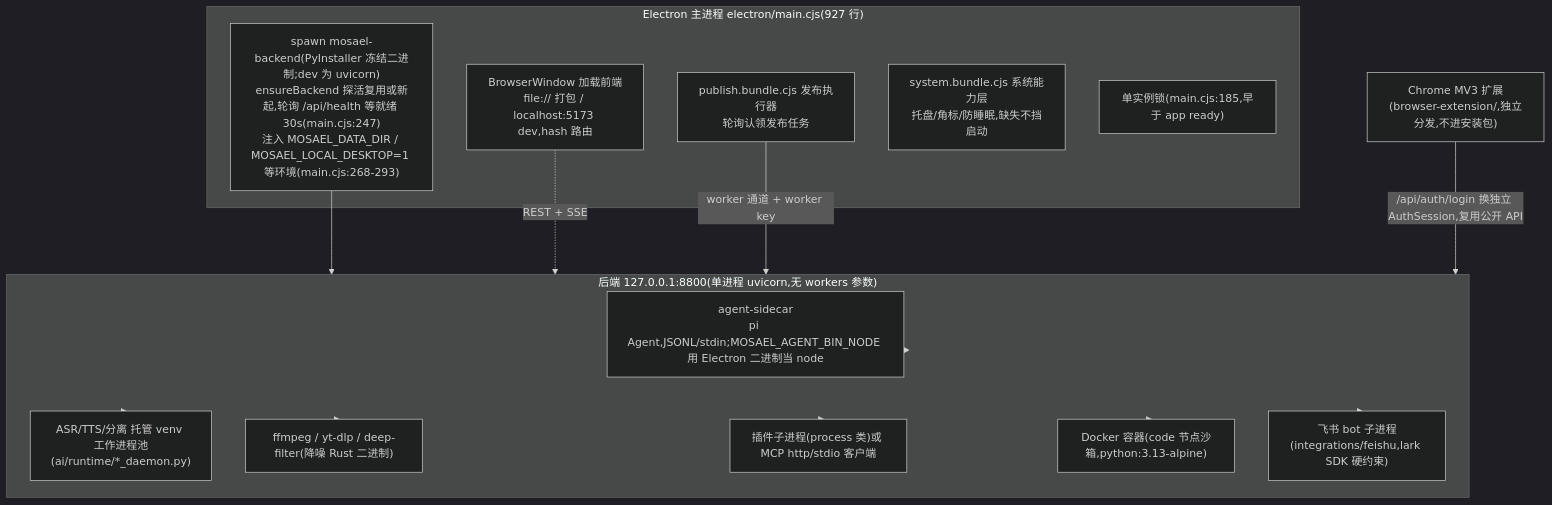
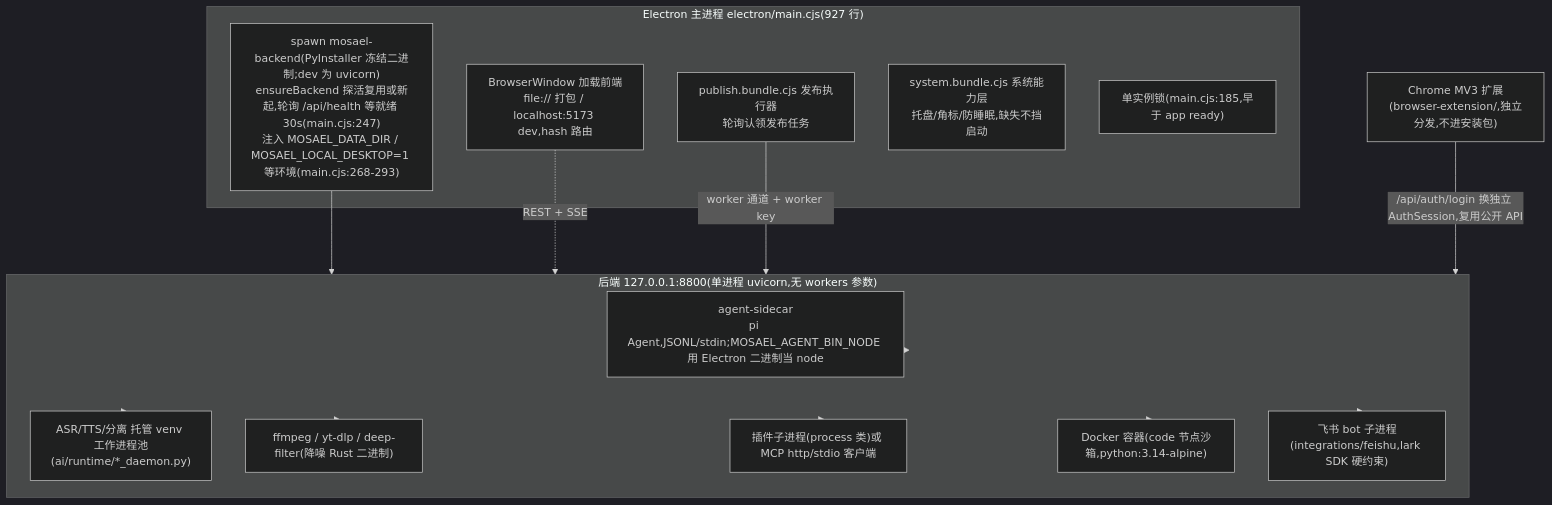
The first of 16 diagrams in docs/analysis/architecture.md (Alndaly/Mosael), drawn with Mermaid (dark theme) before and after one commit. The commit also changed other lines of this file and 9 other files, not shown here.

````diff
--- a/docs/analysis/architecture.md
+++ b/docs/analysis/architecture.md
@@ -41,27 +41,27 @@
 ```mermaid
 graph TD
     subgraph EL["Electron 主进程 electron/main.cjs(927 行)"]
         SPAWN["spawn mosael-backend(PyInstaller 冻结二进制;dev 为 uvicorn)<br/>ensureBackend 探活复用或新起,轮询 /api/health 等就绪 30s(main.cjs:247)<br/>注入 MOSAEL_DATA_DIR / MOSAEL_LOCAL_DESKTOP=1 等环境(main.cjs:268-293)"]
         WIN["BrowserWindow 加载前端<br/>file:// 打包 / localhost:5173 dev,hash 路由"]
         PUBW["publish.bundle.cjs 发布执行器<br/>轮询认领发布任务"]
         SYSW["system.bundle.cjs 系统能力层<br/>托盘/角标/防睡眠,缺失不挡启动"]
         LOCK["单实例锁(main.cjs:185,早于 app ready)"]
     end
 
     subgraph CORE["后端 127.0.0.1:8800(单进程 uvicorn,无 workers 参数)"]
         SC["agent-sidecar<br/>pi Agent,JSONL/stdin;MOSAEL_AGENT_BIN_NODE 用 Electron 二进制当 node"]
         VENV["ASR/TTS/分离 托管 venv 工作进程池(ai/runtime/*_daemon.py)"]
         FF["ffmpeg / yt-dlp / deep-filter(降噪 Rust 二进制)"]
         PLG["插件子进程(process 类)或 MCP http/stdio 客户端"]
-        DKR["Docker 容器(code 节点沙箱,python:3.13-alpine)"]
+        DKR["Docker 容器(code 节点沙箱,python:3.14-alpine)"]
         FSBOT["飞书 bot 子进程(integrations/feishu,lark SDK 硬约束)"]
     end
 
     EXT["Chrome MV3 扩展(browser-extension/,独立分发,不进安装包)"]
 
     SPAWN --> CORE
     WIN -.->|REST + SSE| CORE
     PUBW -->|worker 通道 + worker key| CORE
     CORE --> SC & VENV & FF & PLG & DKR & FSBOT
     EXT -->|/api/auth/login 换独立 AuthSession,复用公开 API| CORE
 ```
````
